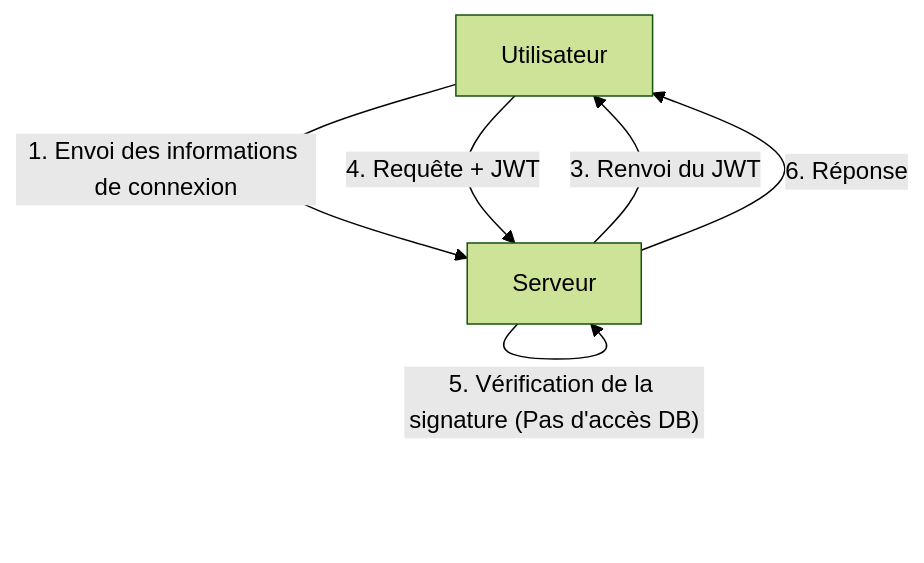
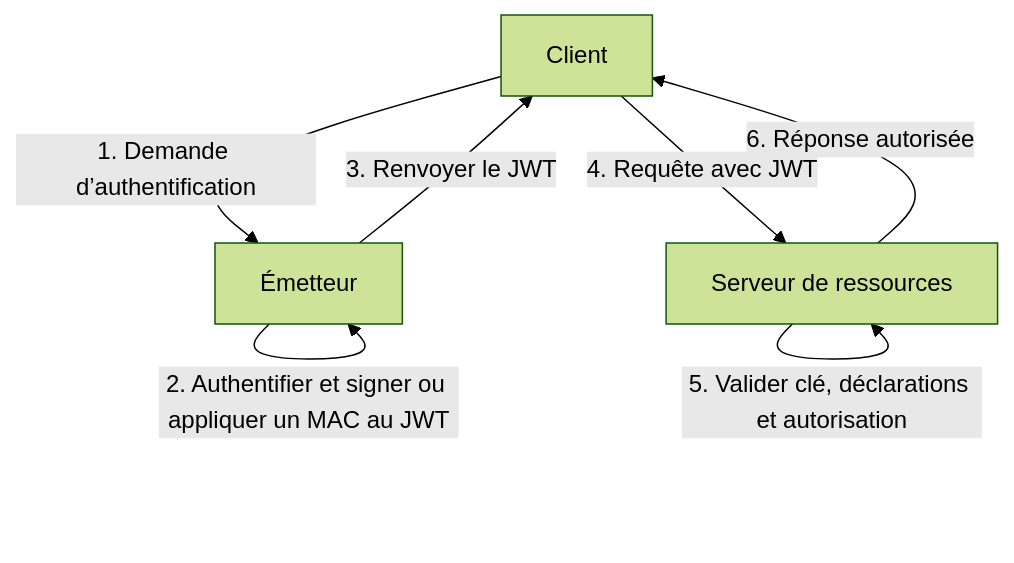
The second of 3 diagrams in content/post/jwt-json-web-token-security-risks/index.fr.md (kenjinote/blog), drawn with Mermaid (forest theme) before and after one commit. The commit also changed other lines of this file and 5 other files, not shown here.

````diff
--- a/content/post/jwt-json-web-token-security-risks/index.fr.md
+++ b/content/post/jwt-json-web-token-security-risks/index.fr.md
@@ -47,9 +42,9 @@
 ```mermaid
 graph TD
-    A["Utilisateur"] -- "1. Envoi des informations de connexion" --> B["Serveur"]
-    B -- "2. Vérification / Génération du JWT (Signature)" --> B
-    B -- "3. Renvoi du JWT" --> A
-    A -- "4. Requête + JWT" --> B
-    B -- "5. Vérification de la signature (Pas d'accès DB)" --> B
-    B -- "6. Réponse" --> A
+    A["Client"] -- "1. Demande d’authentification" --> B["Émetteur"]
+    B -- "2. Authentifier et signer ou appliquer un MAC au JWT" --> B
+    B -- "3. Renvoyer le JWT" --> A
+    A -- "4. Requête avec JWT" --> C["Serveur de ressources"]
+    C -- "5. Valider clé, déclarations et autorisation" --> C
+    C -- "6. Réponse autorisée" --> A
 ```
````
